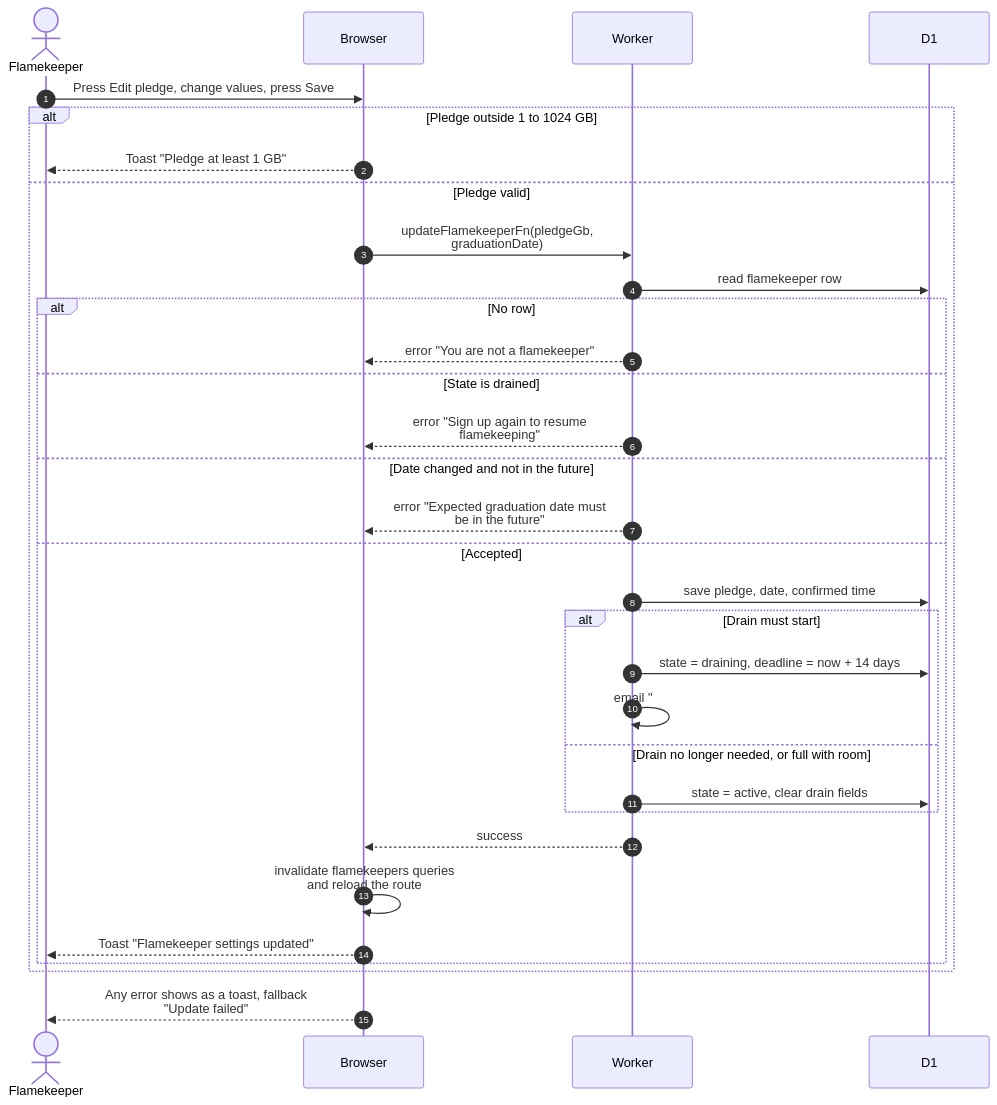
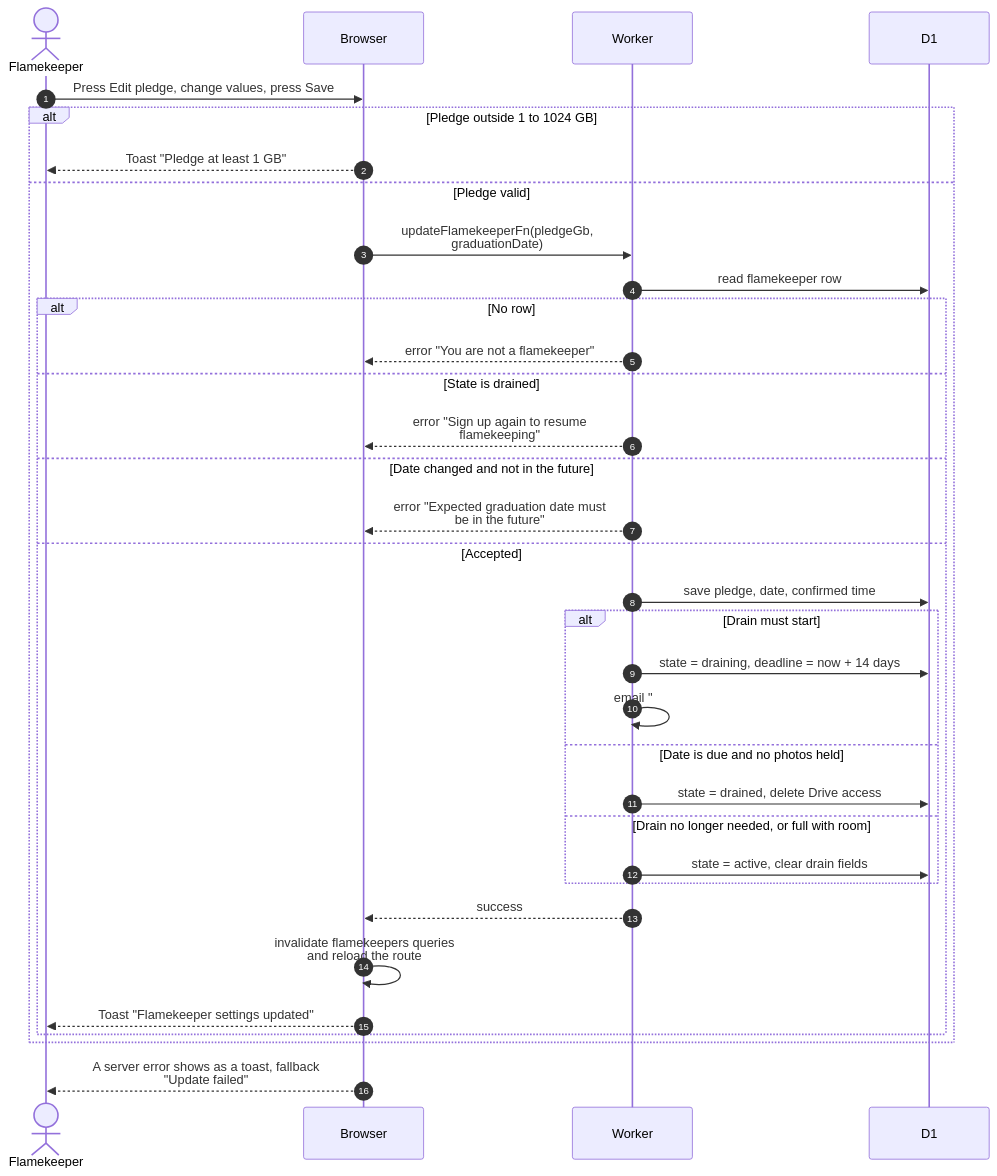
Before and after one commit to sagyzdop/meriksirat: the diagram in docs/scenarios/flamekeepers/change-pledge.md, drawn with Mermaid. The commit also changed other lines of this file and 12 other files, not shown here.

Commit message:
docs(scenarios): verify flamekeepers diagrams against the code

````diff
--- a/docs/scenarios/flamekeepers/change-pledge.md
+++ b/docs/scenarios/flamekeepers/change-pledge.md
@@ -21,34 +28,36 @@
 ```mermaid
 sequenceDiagram
     autonumber
     actor F as Flamekeeper
     participant Browser
     participant Worker
     participant D1
     F->>Browser: Press Edit pledge, change values, press Save
     alt Pledge outside 1 to 1024 GB
         Browser-->>F: Toast "Pledge at least 1 GB"
     else Pledge valid
         Browser->>Worker: updateFlamekeeperFn(pledgeGb,<br/>graduationDate)
         Worker->>D1: read flamekeeper row
         alt No row
             Worker-->>Browser: error "You are not a flamekeeper"
         else State is drained
             Worker-->>Browser: error "Sign up again to resume<br/>flamekeeping"
         else Date changed and not in the future
             Worker-->>Browser: error "Expected graduation date must<br/>be in the future"
         else Accepted
             Worker->>D1: save pledge, date, confirmed time
             alt Drain must start
                 Worker->>D1: state = draining, deadline = now + 14 days
                 Worker->>Worker: email "#savenuimg: we are moving<br/>your photos"
+            else Date is due and no photos held
+                Worker->>D1: state = drained, delete Drive access
             else Drain no longer needed, or full with room
                 Worker->>D1: state = active, clear drain fields
             end
             Worker-->>Browser: success
             Browser->>Browser: invalidate flamekeepers queries<br/>and reload the route
             Browser-->>F: Toast "Flamekeeper settings updated"
         end
     end
-    Browser-->>F: Any error shows as a toast, fallback<br/>"Update failed"
+    Browser-->>F: A server error shows as a toast, fallback<br/>"Update failed"
 ```
````
